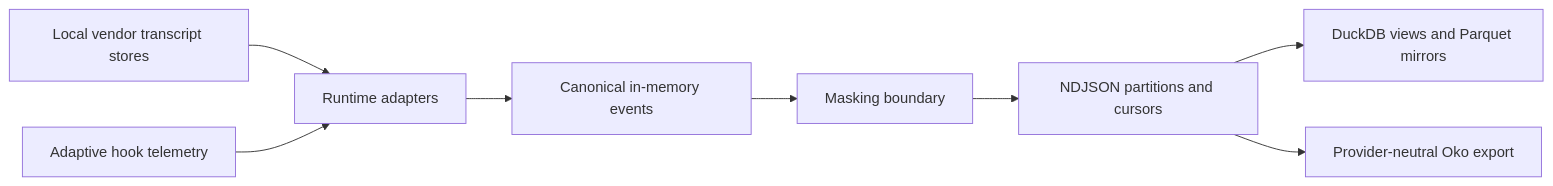
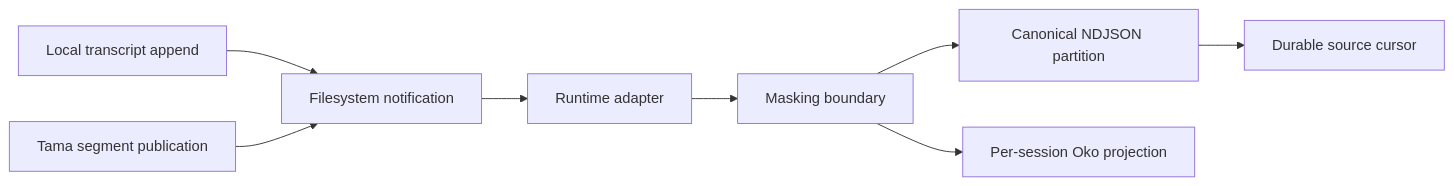
One commit to wisent-ai/transcript-lake changed the diagram in README.md. Above: the diagram before and after it, drawn with Mermaid. The commit also changed other lines of this file and 53 other files, not shown here.

````diff
--- a/README.md
+++ b/README.md
@@ -67,10 +67,10 @@
 ```mermaid
 flowchart LR
-    A[Local vendor transcript stores] --> B[Runtime adapters]
-    H[Adaptive hook telemetry] --> B
-    B --> C[Canonical in-memory events]
+    A[Local transcript append] --> B[Filesystem notification]
+    H[Tama segment publication] --> B
+    B --> C[Runtime adapter]
     C --> D[Masking boundary]
-    D --> E[NDJSON partitions and cursors]
-    E --> F[DuckDB views and Parquet mirrors]
-    E --> G[Provider-neutral Oko export]
+    D --> E[Canonical NDJSON partition]
+    D --> G[Per-session Oko projection]
+    E --> F[Durable source cursor]
 ```
````
